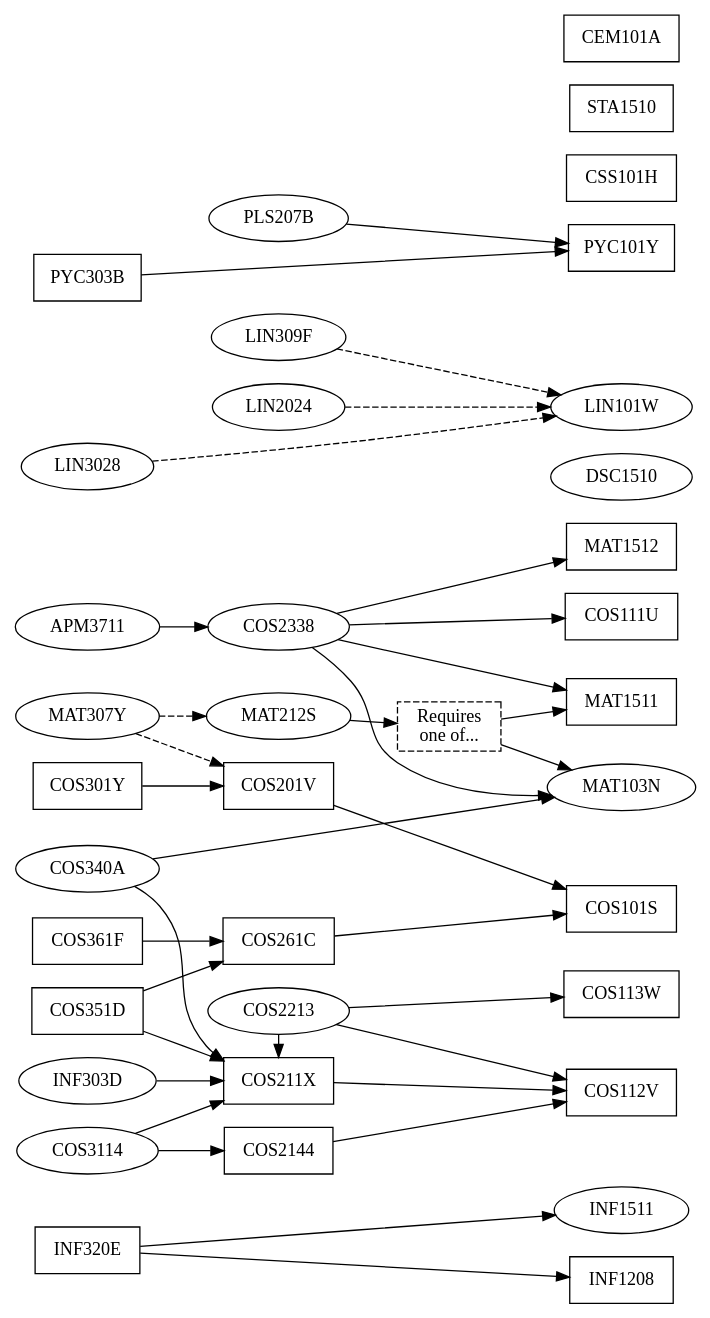
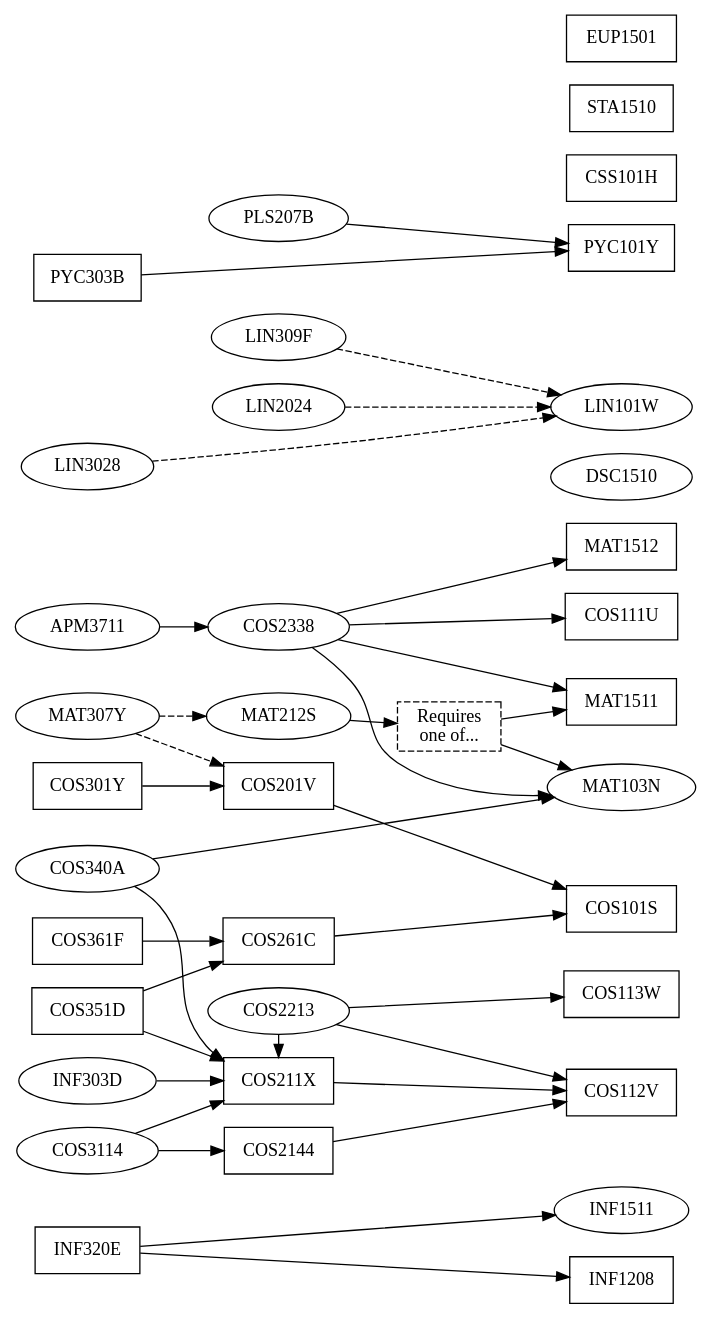
The diagram in ComputationalIntelligence.dot (apauley/unisa-module-graph), drawn with Graphviz before and after one commit.

Commit message:
Rename CEM101A to EUP1501

```diff
--- a/ComputationalIntelligence.dot
+++ b/ComputationalIntelligence.dot
@@ -1,51 +1,51 @@
 digraph ComputationalIntelligence {
     node [shape=box];
     rankdir=LR;
 
     // Optional modules are ellipse-shaped
     {node [shape=ellipse];
     INF1511 MAT103N DSC1510 LIN101W
     COS2213 COS2338 MAT212S LIN309F LIN2024 PLS207B
     COS3114 APM3711 MAT307Y INF303D LIN3028 COS340A}
 
     {rank=same; COS301Y INF320E COS351D COS361F}
     {rank=same; COS3114 APM3711 MAT307Y COS340A}
     {rank=same; INF303D LIN3028 PYC303B}
 
     {rank=same; COS201V COS211X COS261C COS2144}
     {rank=same; COS2213 COS2338 MAT212S LIN309F LIN2024 PLS207B}
 
     {rank=same; COS101S COS112V COS113W INF1208 MAT1512 MAT1511 MAT103N PYC101Y COS111U LIN101W INF1511}
-    {rank=same; DSC1510 CSS101H STA1510 CEM101A}
+    {rank=same; DSC1510 CSS101H STA1510 EUP1501}
     {rank=max; DSC1510 COS101S}
 
     COS301Y -> {COS201V}
     INF320E -> {INF1208 INF1511}
     COS351D -> {COS211X COS261C}
     COS361F -> {COS261C}
     PYC303B -> {PYC101Y}
 
     COS3114 -> {COS211X COS2144}
     APM3711 -> {COS2338}
     MAT307Y -> {MAT212S COS201V} [style=dashed]
     INF303D -> {COS211X}
     LIN3028 -> {LIN101W} [style=dashed]
     COS340A -> {COS211X MAT103N}
 
 
     COS201V -> {COS101S}
     COS211X -> {COS112V}
     COS261C -> {COS101S}
     COS2144 -> {COS112V}
 
     {rank=same; COS2213 COS211X}
     COS2213 -> {COS112V COS113W}
     COS2213 -> {COS211X}
     COS2338 -> {COS111U MAT103N MAT1511 MAT1512}
     MAT103OR151 [label="Requires\none of...", style=dashed];
     MAT212S -> {MAT103OR151}
     MAT103OR151 -> {MAT103N MAT1511}
     LIN309F -> {LIN101W} [style=dashed]
     LIN2024 -> {LIN101W} [style=dashed]
     PLS207B -> {PYC101Y}
 }
```
